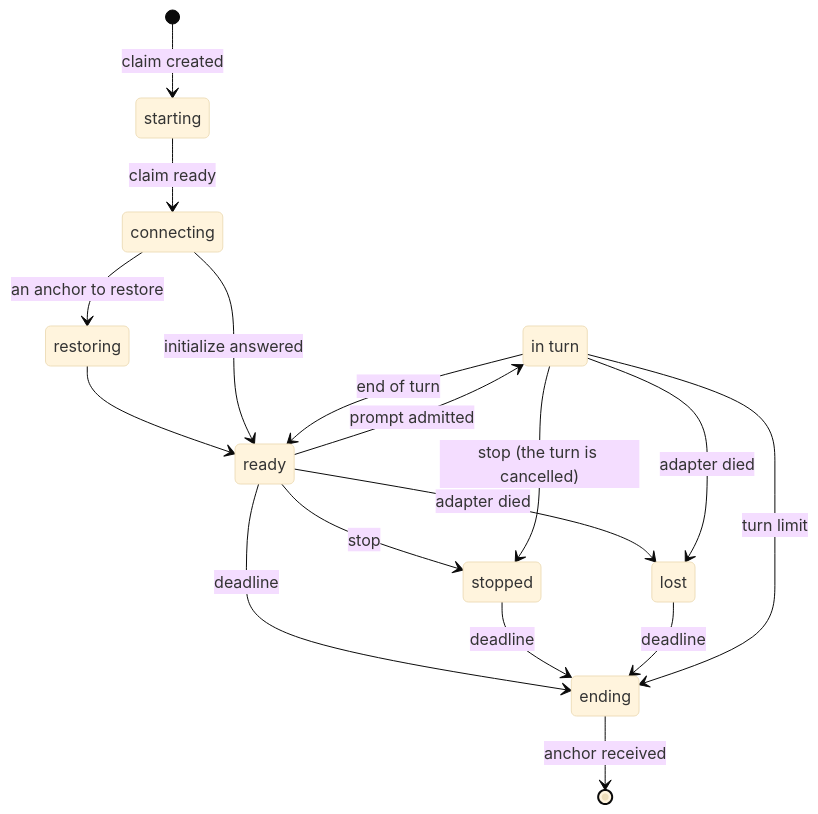
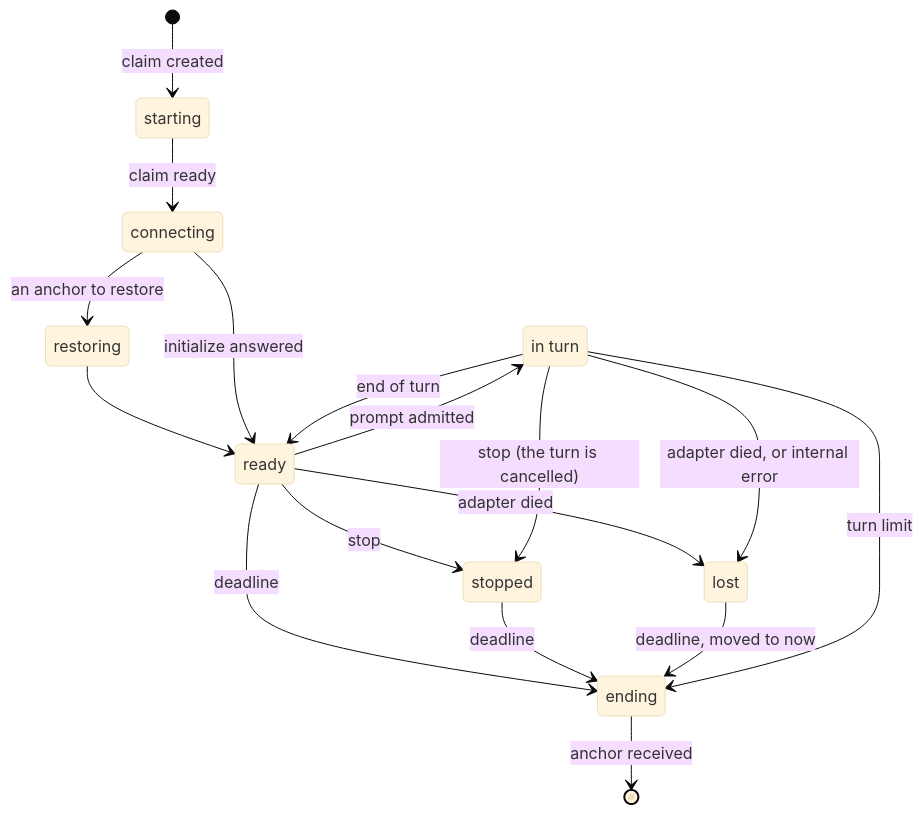
Before and after one commit to arnaultbretagne/agora: the second of 2 diagrams in docs/architecture/executions.md, drawn with Mermaid (base theme). The commit also changed other lines of this file and 12 other files, not shown here.

````diff
--- a/docs/architecture/executions.md
+++ b/docs/architecture/executions.md
@@ -56,20 +56,20 @@
 ```mermaid
 stateDiagram-v2
     state "in turn" as in_turn
     [*] --> starting: claim created
     starting --> connecting: claim ready
     connecting --> restoring: an anchor to restore
     restoring --> ready
     connecting --> ready: initialize answered
     ready --> in_turn: prompt admitted
     in_turn --> ready: end of turn
     ready --> stopped: stop
     in_turn --> stopped: stop (the turn is cancelled)
     ready --> lost: adapter died
-    in_turn --> lost: adapter died
+    in_turn --> lost: adapter died, or internal error
     ready --> ending: deadline
     stopped --> ending: deadline
-    lost --> ending: deadline
+    lost --> ending: deadline, moved to now
     in_turn --> ending: turn limit
     ending --> [*]: anchor received
 ```
````
